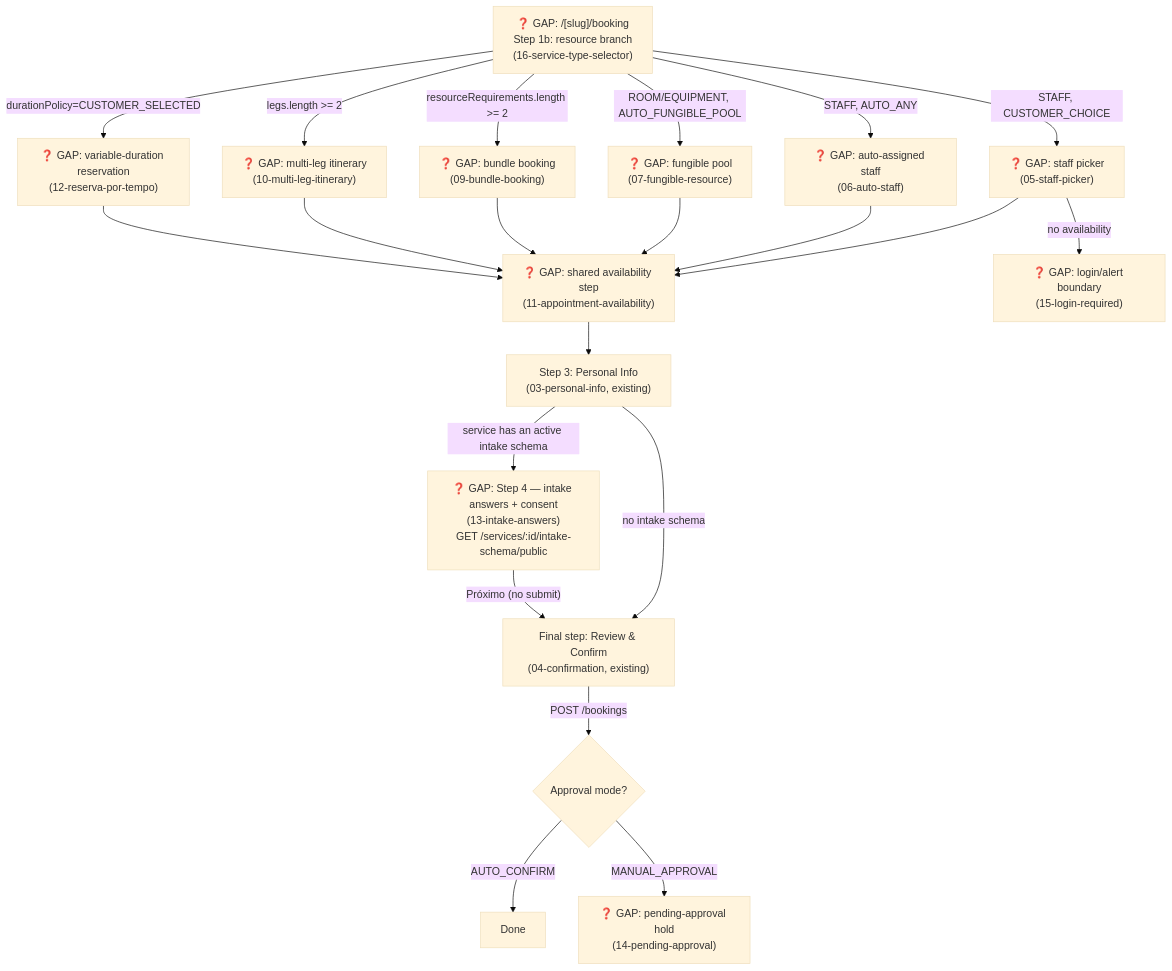
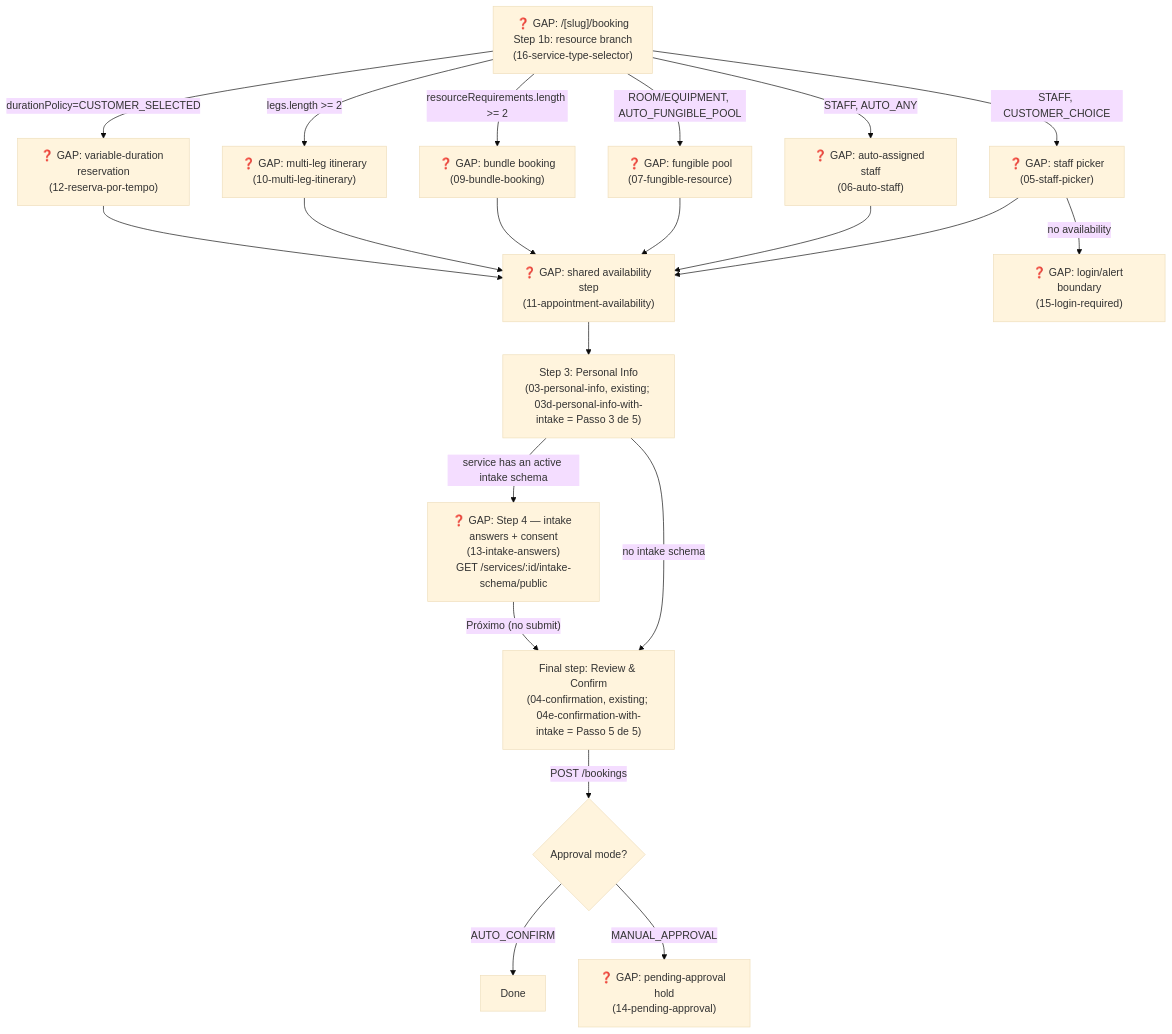
One commit to lmmoreira/ikaro changed the second of 2 diagrams in plan/journey/guest/book-a-service.md. Above: the diagram before and after it, drawn with Mermaid (base theme). The commit also changed 18 other files, not shown here.

First line of the commit message:
docs(plan): add 5-step intake-path prototype variants and fix audit findings (M23-S11)

````diff
--- a/plan/journey/guest/book-a-service.md
+++ b/plan/journey/guest/book-a-service.md
@@ -57,28 +57,28 @@
 ```mermaid
 flowchart TD
     classDef gap stroke:#f00,stroke-dasharray: 5 5,fill:#fee
 
     S1b["❓ GAP: /[slug]/booking<br/>Step 1b: resource branch<br/>(16-service-type-selector)"] -->|"STAFF, CUSTOMER_CHOICE"| StaffPicker["❓ GAP: staff picker<br/>(05-staff-picker)"]
     S1b -->|"STAFF, AUTO_ANY"| AutoStaff["❓ GAP: auto-assigned staff<br/>(06-auto-staff)"]
     S1b -->|"ROOM/EQUIPMENT, AUTO_FUNGIBLE_POOL"| Fungible["❓ GAP: fungible pool<br/>(07-fungible-resource)"]
     S1b -->|"resourceRequirements.length >= 2"| Bundle["❓ GAP: bundle booking<br/>(09-bundle-booking)"]
     S1b -->|"legs.length >= 2"| MultiLeg["❓ GAP: multi-leg itinerary<br/>(10-multi-leg-itinerary)"]
     S1b -->|"durationPolicy=CUSTOMER_SELECTED"| VarDuration["❓ GAP: variable-duration reservation<br/>(12-reserva-por-tempo)"]
 
     StaffPicker --> Availability["❓ GAP: shared availability step<br/>(11-appointment-availability)"]
     AutoStaff --> Availability
     Fungible --> Availability
     Bundle --> Availability
     MultiLeg --> Availability
     VarDuration --> Availability
 
-    Availability --> S3m["Step 3: Personal Info<br/>(03-personal-info, existing)"]
+    Availability --> S3m["Step 3: Personal Info<br/>(03-personal-info, existing; 03d-personal-info-with-intake = Passo 3 de 5)"]
     S3m -->|"service has an active intake schema"| Intake["❓ GAP: Step 4 — intake answers + consent<br/>(13-intake-answers)<br/>GET /services/:id/intake-schema/public"]
     S3m -->|"no intake schema"| Confirm
-    Intake -->|"Próximo (no submit)"| Confirm["Final step: Review & Confirm<br/>(04-confirmation, existing)"]
+    Intake -->|"Próximo (no submit)"| Confirm["Final step: Review & Confirm<br/>(04-confirmation, existing; 04e-confirmation-with-intake = Passo 5 de 5)"]
     Confirm -->|"POST /bookings"| Result{"Approval mode?"}
     Result -->|"AUTO_CONFIRM"| Done
     Result -->|"MANUAL_APPROVAL"| Pending["❓ GAP: pending-approval hold<br/>(14-pending-approval)"]
 
     StaffPicker -->|"no availability"| LoginRequired["❓ GAP: login/alert boundary<br/>(15-login-required)"]
 ```
````
